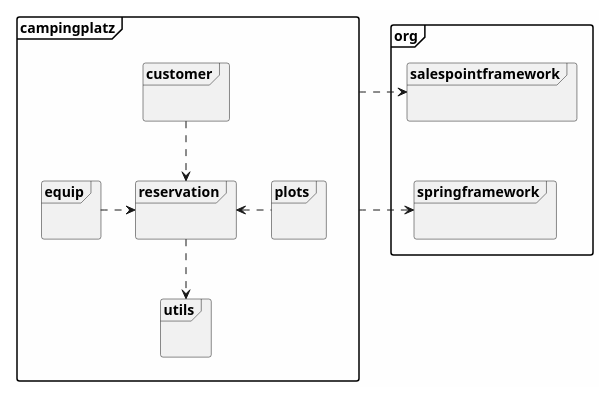
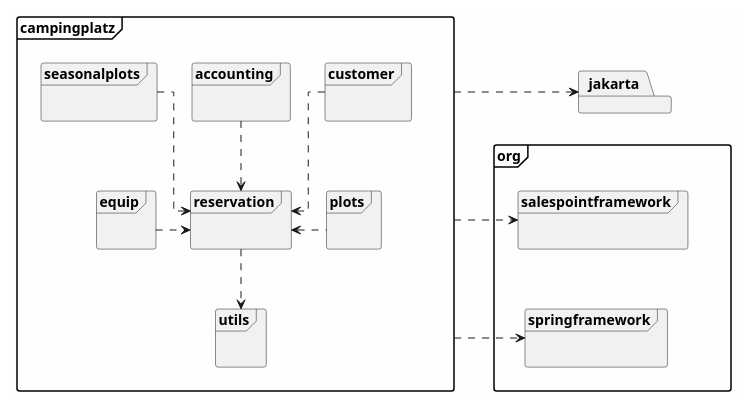
Before and after one commit to ShadowPaint-SP/Softwaretechnologieprojekt: the diagram in src/main/asciidoc/models/design/PackageDiagramm.puml, drawn with PlantUML. The commit also changed 2 other files, not shown here.

Commit message:
PackageDiagramm.puml changed

```diff
--- a/src/main/asciidoc/models/design/PackageDiagramm.puml
+++ b/src/main/asciidoc/models/design/PackageDiagramm.puml
@@ -1,41 +1,51 @@
 @startuml
 hide empty fields
 hide empty methods
 skinparam classAttributeIconSize 0
 skinparam linetype ortho
 skinparam BackgroundColor #FEFEFE
 allowmixing
 skinparam packageStyle Frame
 
 package campingplatz{
 
 package equip{
 }
 package reservation{
 }
 package customer{
 }
 package plots{
 }
 package utils{
 }
+package accounting{
+}
+package seasonalplots{
+}
 }
 package org{
 package org.salespointframework{
 }
 package org.springframework{
 }
 }
+package jakarta
 
 customer .d.> reservation
 equip .r.> reservation
 plots .l.> reservation
 utils <.u. reservation
+accounting ..> reservation
+seasonalplots ..> reservation
+
 
 org.springframework -[hidden]u- org.salespointframework
+jakarta -[hidden]d- org
 
 
 campingplatz .r.> springframework
 campingplatz .r.> salespointframework
+campingplatz .r.> jakarta
 
 @enduml
```
